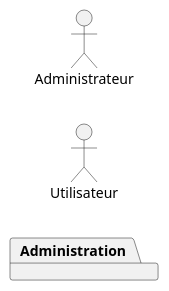
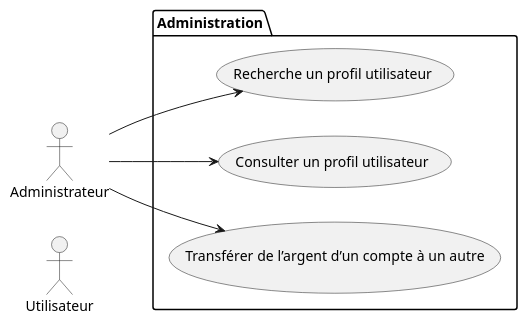
Before and after one commit to lmtb06/sharecount: the diagram in diagrammes/specification/cas-utilisation-package-administration.puml, drawn with PlantUML. The commit also changed 5 other files, not shown here.

Commit message:
cas-utilisation-packages(4) - update; cas-utilisation - delete;

```diff
--- a/diagrammes/specification/cas-utilisation-package-administration.puml
+++ b/diagrammes/specification/cas-utilisation-package-administration.puml
@@ -1,12 +1,20 @@
-@startuml
+@startuml Cas utilisation - Administration
 left to right direction
 
 actor "Utilisateur" as User
 
 actor "Administrateur" as Admin
 
 package "Administration"{
-
+    usecase "Recherche un profil utilisateur" as rpu
+    usecase "Consulter un profil utilisateur" as cpu
+    usecase "Transférer de l’argent d’un compte à un autre" as tda
 }
 
+actor "Administrateur" as Admin
+
+Admin --> rpu
+Admin --> cpu
+Admin --> tda
+
 @enduml
```
